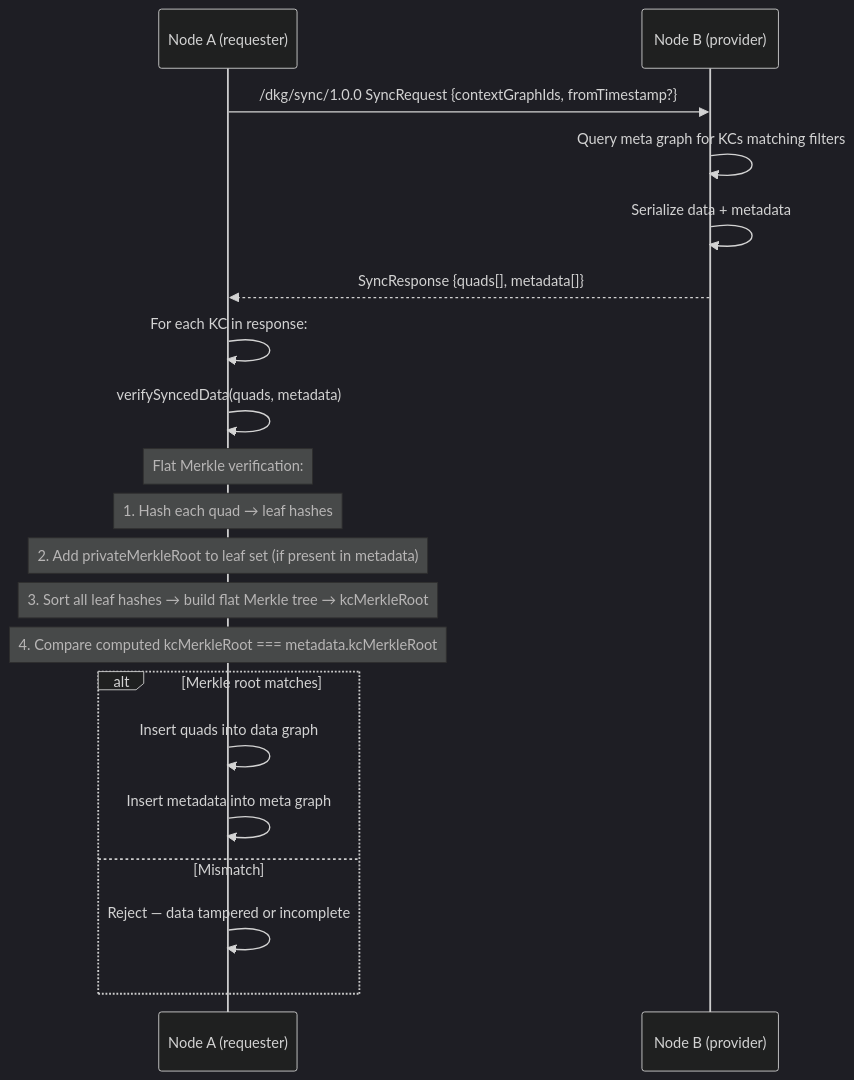
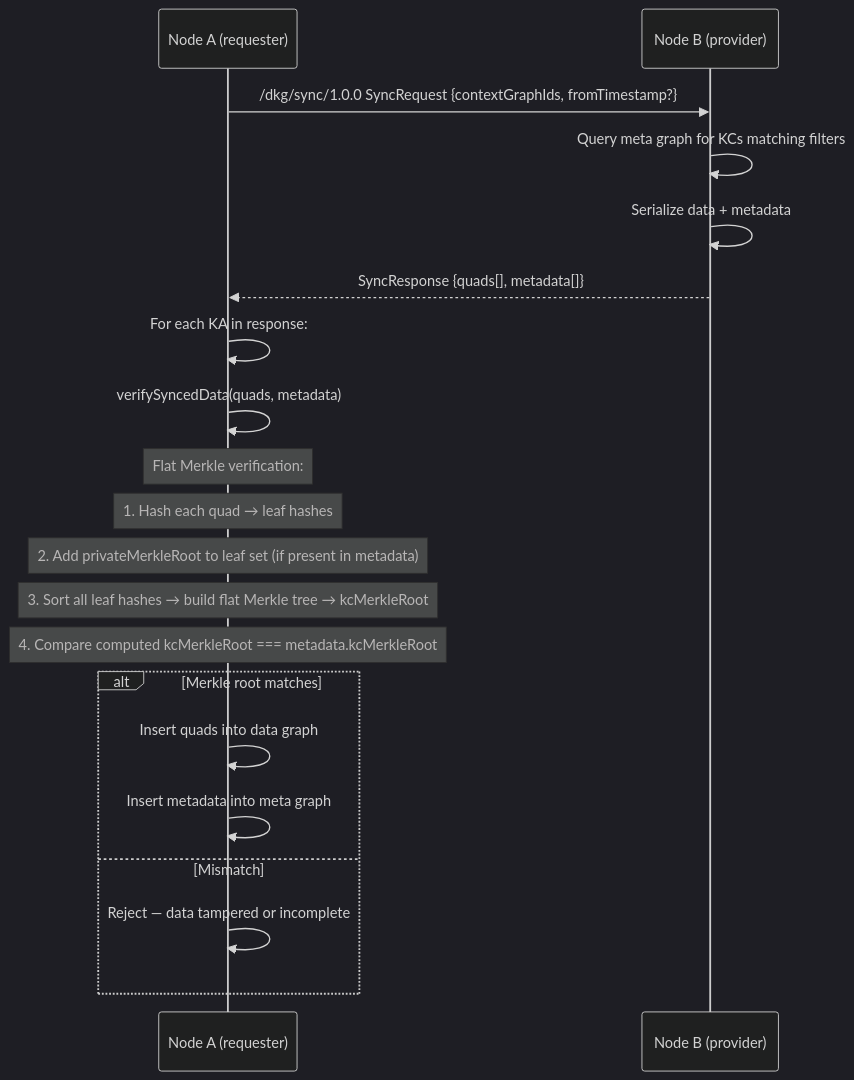
Before and after one commit to KilianTrunk/dkg: the ninth of 15 diagrams in docs/v9-protocol-operations.md, drawn with Mermaid (dark theme). The commit also changed other lines of this file and 122 other files, not shown here.

````diff
--- a/docs/v9-protocol-operations.md
+++ b/docs/v9-protocol-operations.md
@@ -848,28 +848,28 @@
 ```mermaid
 sequenceDiagram
     participant A as Node A (requester)
     participant B as Node B (provider)
 
     A->>B: /dkg/sync/1.0.0 SyncRequest {contextGraphIds, fromTimestamp?}
 
     B->>B: Query meta graph for KCs matching filters
     B->>B: Serialize data + metadata
 
     B-->>A: SyncResponse {quads[], metadata[]}
 
-    A->>A: For each KC in response:
+    A->>A: For each KA in response:
     A->>A: verifySyncedData(quads, metadata)
 
     Note over A: Flat Merkle verification:
     Note over A: 1. Hash each quad → leaf hashes
     Note over A: 2. Add privateMerkleRoot to leaf set (if present in metadata)
     Note over A: 3. Sort all leaf hashes → build flat Merkle tree → kcMerkleRoot
     Note over A: 4. Compare computed kcMerkleRoot === metadata.kcMerkleRoot
 
     alt Merkle root matches
         A->>A: Insert quads into data graph
         A->>A: Insert metadata into meta graph
     else Mismatch
         A->>A: Reject — data tampered or incomplete
     end
 ```
````
